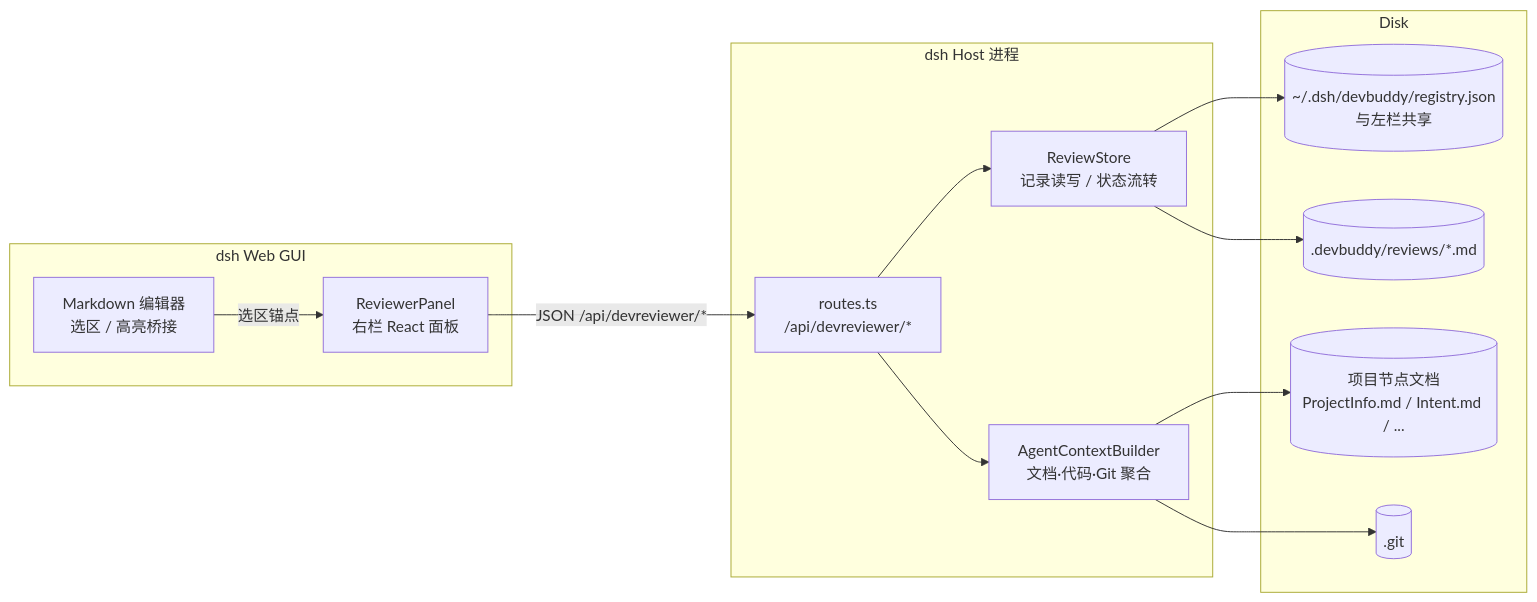
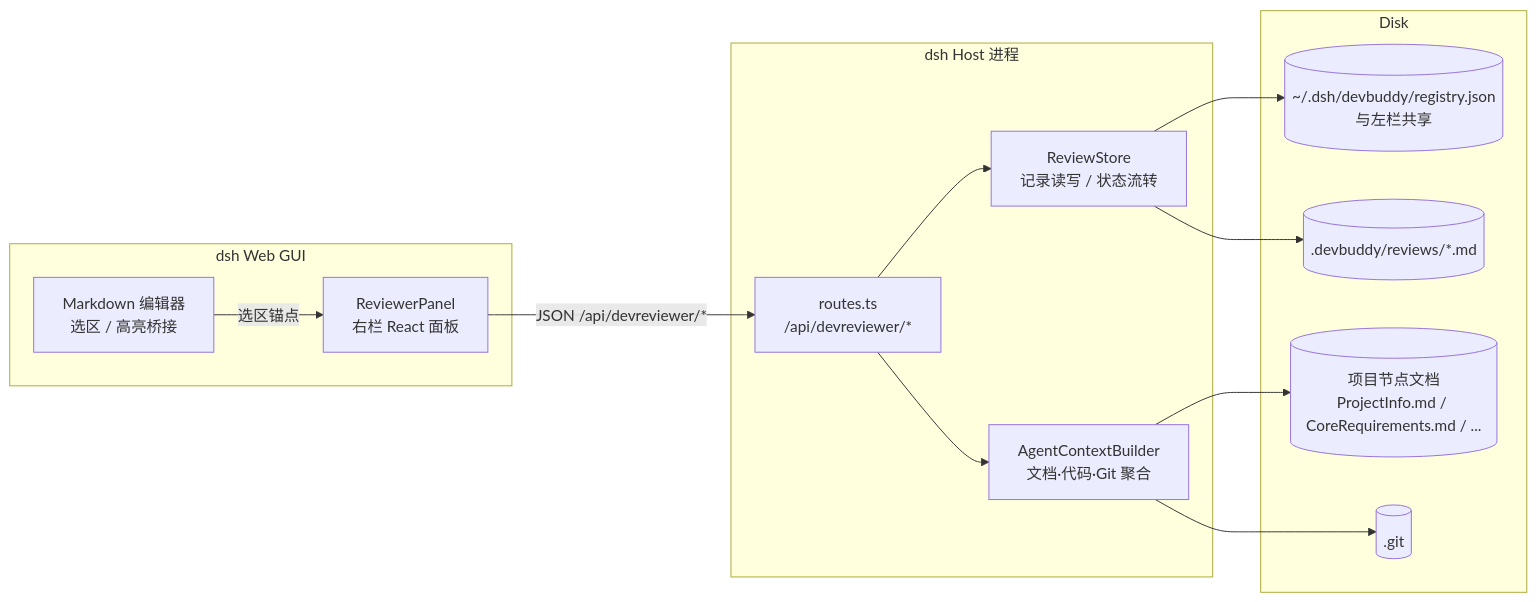
The first of 3 diagrams in ImplementSpace/dsh_devReviewer/design/02-architecture.md (zhengxun-xie/DevHarness), drawn with Mermaid before and after one commit. The commit also changed 37 other files, not shown here.

````diff
--- a/ImplementSpace/dsh_devReviewer/design/02-architecture.md
+++ b/ImplementSpace/dsh_devReviewer/design/02-architecture.md
@@ -7,26 +7,26 @@
 ```mermaid
 flowchart LR
     subgraph Browser[dsh Web GUI]
         UI[ReviewerPanel<br/>右栏 React 面板]
         ED[Markdown 编辑器<br/>选区 / 高亮桥接]
     end
     subgraph Host[dsh Host 进程]
         RT[routes.ts<br/>/api/devreviewer/*]
         ST[ReviewStore<br/>记录读写 / 状态流转]
         AG[AgentContextBuilder<br/>文档·代码·Git 聚合]
     end
     subgraph Disk
         REG[(~/.dsh/devbuddy/registry.json<br/>与左栏共享)]
         REV[(.devbuddy/reviews/*.md)]
-        DOCS[(项目节点文档<br/>ProjectInfo.md / Intent.md / ...)]
+        DOCS[(项目节点文档<br/>ProjectInfo.md / CoreRequirements.md / ...)]
         GIT[(.git)]
     end
 
     UI -- JSON /api/devreviewer/* --> RT
     ED -- 选区锚点 --> UI
     RT --> ST --> REV
     ST --> REG
     AG --> DOCS
     AG --> GIT
     RT --> AG
 ```
````
